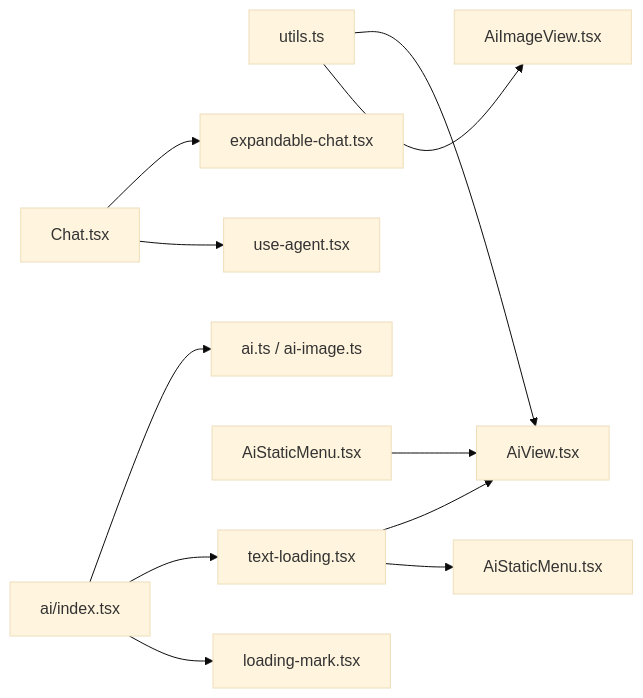
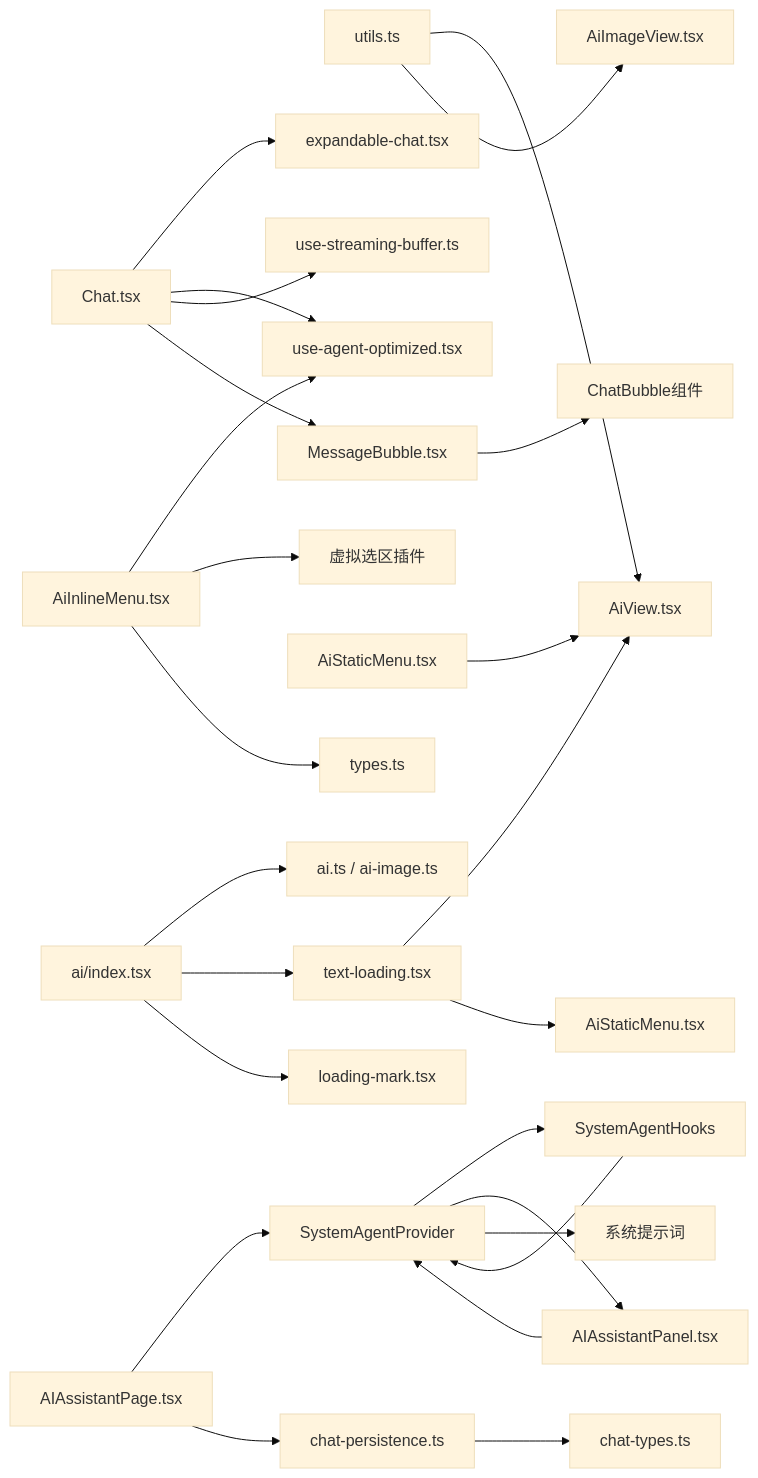
Before and after one commit to LRF0422/Kotion: diagram 15 of 15 in .qoder/repowiki/zh/content/功能模块/AI插件/AI聊天界面.md, drawn with Mermaid (base theme). The commit also changed other lines of this file and 75 other files, not shown here.

````diff
--- a/.qoder/repowiki/zh/content/功能模块/AI插件/AI聊天界面.md
+++ b/.qoder/repowiki/zh/content/功能模块/AI插件/AI聊天界面.md
@@ -367,13 +665,27 @@
 ```mermaid
 graph LR
 Utils["utils.ts"] --> AiView["AiView.tsx"]
 Utils --> AiImageView["AiImageView.tsx"]
 LoadingExt["text-loading.tsx"] --> AiView
 LoadingExt --> AiStaticMenu["AiStaticMenu.tsx"]
 Chat["Chat.tsx"] --> Expandable["expandable-chat.tsx"]
-Chat --> Agent["use-agent.tsx"]
+Chat --> Agent["use-agent-optimized.tsx"]
+InlineMenu["AiInlineMenu.tsx"] --> Agent
+InlineMenu --> VirtualSel["虚拟选区插件"]
+MessageBubble["MessageBubble.tsx"] --> ChatBubble["ChatBubble组件"]
 StaticMenu["AiStaticMenu.tsx"] --> AiView
 PluginIdx["ai/index.tsx"] --> Nodes["ai.ts / ai-image.ts"]
 PluginIdx --> LoadingExt
 PluginIdx --> LoadingMark["loading-mark.tsx"]
+Chat --> StreamBuffer["use-streaming-buffer.ts"]
+Chat --> MessageBubble
+InlineMenu --> Types["types.ts"]
+SystemPage["AIAssistantPage.tsx"] --> SystemContext["SystemAgentProvider"]
+SystemContext --> SystemHooks["SystemAgentHooks"]
+SystemContext --> SystemPanel["AIAssistantPanel.tsx"]
+SystemContext --> SystemConstants["系统提示词"]
+SystemPage --> ChatPersistence["chat-persistence.ts"]
+ChatPersistence --> ChatTypes["chat-types.ts"]
+SystemHooks --> SystemContext
+SystemPanel --> SystemContext
 ```
````
